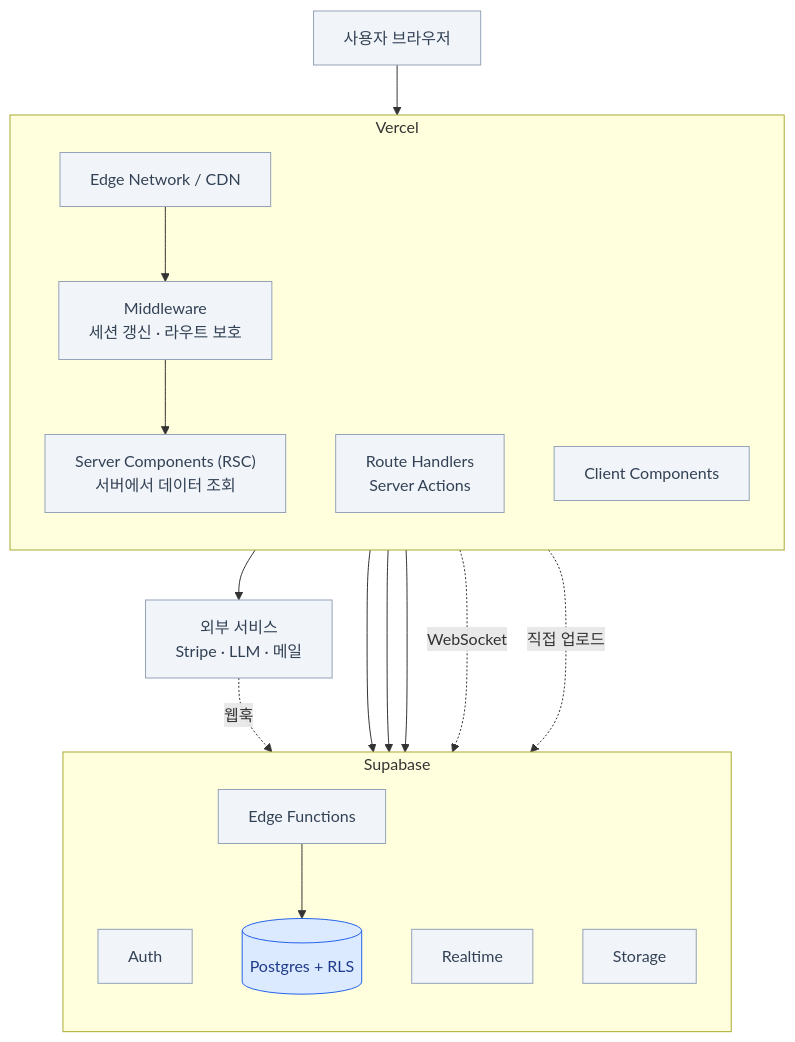
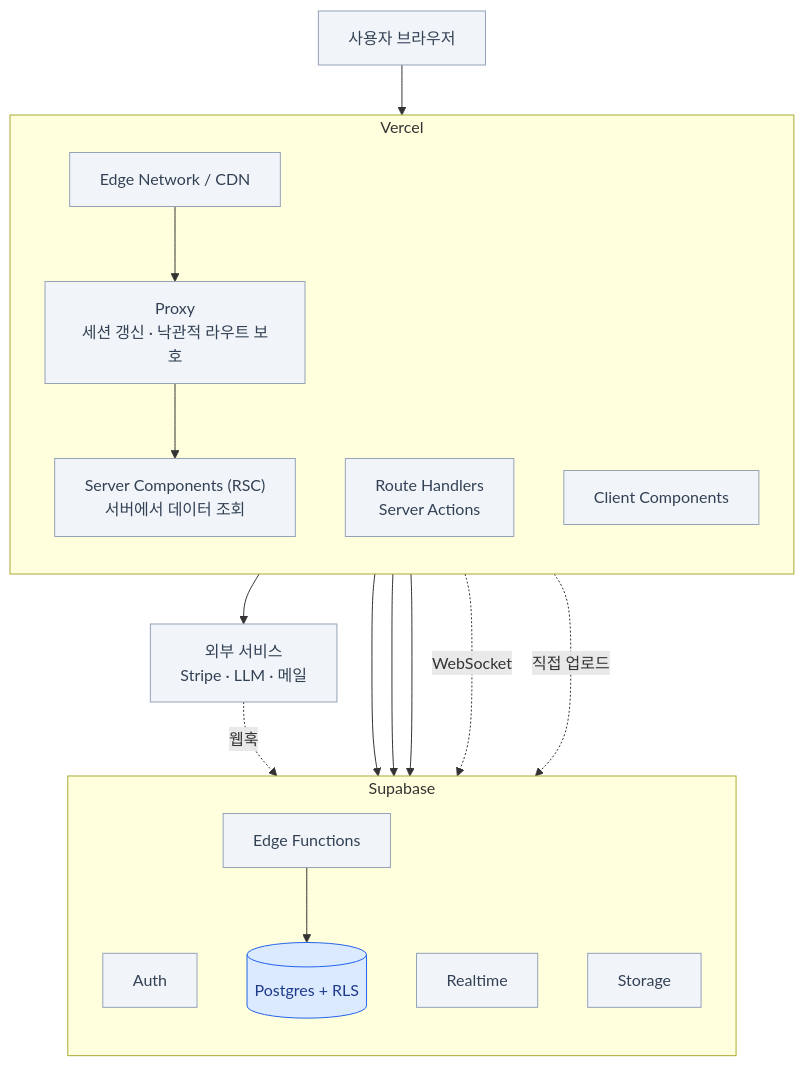
One commit to mechurak/study-starlight changed the first of 5 diagrams in src/content/docs/supabase/12-vercel.mdx. Above: the diagram before and after it, drawn with Mermaid. The commit also changed other lines of this file and 19 other files, not shown here.

````diff
--- a/src/content/docs/supabase/12-vercel.mdx
+++ b/src/content/docs/supabase/12-vercel.mdx
@@ -85,38 +87,38 @@
 ```mermaid
 flowchart TB
     U["사용자 브라우저"]
 
     subgraph V["Vercel"]
       direction TB
       CDN["Edge Network / CDN"]
-      MW["Middleware<br/>세션 갱신 · 라우트 보호"]
+      MW["Proxy<br/>세션 갱신 · 낙관적 라우트 보호"]
       RSC["Server Components (RSC)<br/>서버에서 데이터 조회"]
       RH["Route Handlers<br/>Server Actions"]
       CC["Client Components"]
     end
 
     subgraph S["Supabase"]
       direction TB
       AU["Auth"]
       PG[("Postgres + RLS")]
       RT["Realtime"]
       ST["Storage"]
       EF["Edge Functions"]
     end
 
     EXT["외부 서비스<br/>Stripe · LLM · 메일"]
 
     U --> CDN --> MW
     MW --> RSC --> PG
     MW --> AU
     RH --> PG
     RH --> EXT
     CC -.->|"WebSocket"| RT
     CC -.->|"직접 업로드"| ST
     EXT -.->|"웹훅"| EF --> PG
 
     classDef key  fill:#dbeafe,stroke:#2563eb,color:#1e3a8a
     classDef mute fill:#f1f5f9,stroke:#94a3b8,color:#334155
     class PG key
     class U,CDN,MW,RSC,RH,CC,AU,RT,ST,EF,EXT mute
 ```
````
